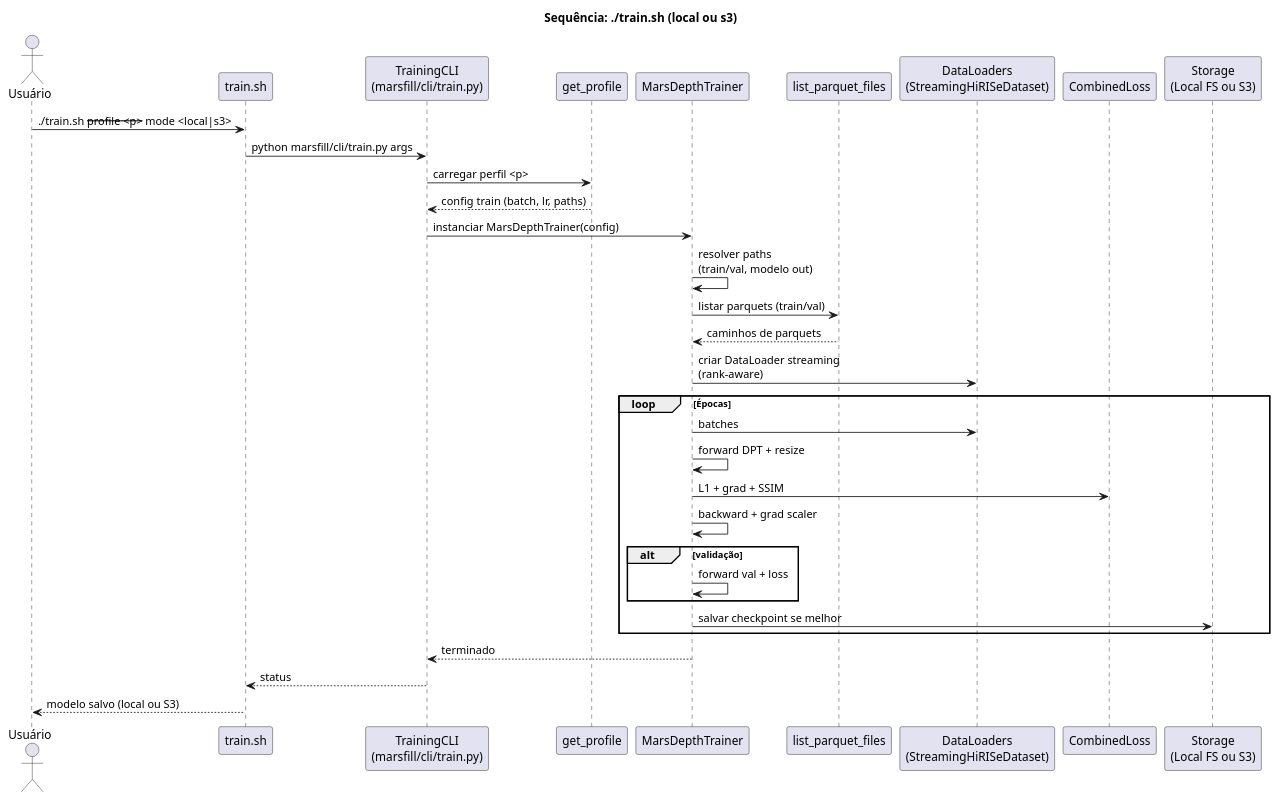
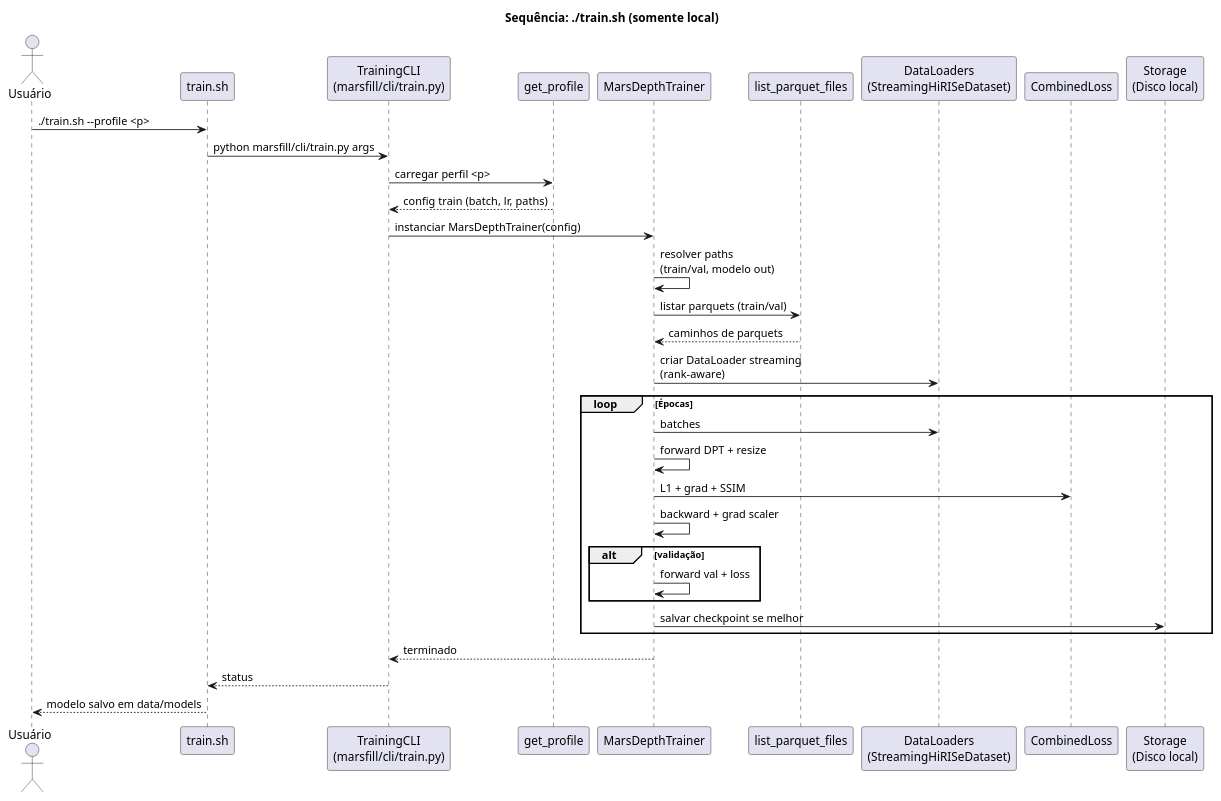
The diagram in docs/diagrams/train_sequence.puml (b-holanda/HiRISE-DTM-FILL), drawn with PlantUML before and after one commit. The commit also changed 7 other files, not shown here.

Commit message:
feat: Update README and diagrams for local-only operation; remove S3 references from training pipeline

```diff
--- a/docs/diagrams/train_sequence.puml
+++ b/docs/diagrams/train_sequence.puml
@@ -1,37 +1,37 @@
 @startuml TrainPipeline
-title Sequência: ./train.sh (local ou s3)
+title Sequência: ./train.sh (somente local)
 
 actor Usuário
 participant "train.sh" as Shell
 participant "TrainingCLI\n(marsfill/cli/train.py)" as CLI
 participant "get_profile" as Profile
 participant "MarsDepthTrainer" as Trainer
 participant "list_parquet_files" as Lister
 participant "DataLoaders\n(StreamingHiRISeDataset)" as Loaders
 participant "CombinedLoss" as Loss
-participant "Storage\n(Local FS ou S3)" as Storage
+participant "Storage\n(Disco local)" as Storage
 
-Usuário -> Shell: ./train.sh --profile <p> --mode <local|s3>
+Usuário -> Shell: ./train.sh --profile <p>
 Shell -> CLI: python marsfill/cli/train.py args
 CLI -> Profile: carregar perfil <p>
 Profile --> CLI: config train (batch, lr, paths)
 CLI -> Trainer: instanciar MarsDepthTrainer(config)
 Trainer -> Trainer: resolver paths\n(train/val, modelo out)
 Trainer -> Lister: listar parquets (train/val)
 Lister --> Trainer: caminhos de parquets
 Trainer -> Loaders: criar DataLoader streaming\n(rank-aware)
 loop Épocas
   Trainer -> Loaders: batches
   Trainer -> Trainer: forward DPT + resize
   Trainer -> Loss: L1 + grad + SSIM
   Trainer -> Trainer: backward + grad scaler
   alt validação
     Trainer -> Trainer: forward val + loss
   end
   Trainer -> Storage: salvar checkpoint se melhor
 end
 Trainer --> CLI: terminado
 CLI --> Shell: status
-Shell --> Usuário: modelo salvo (local ou S3)
+Shell --> Usuário: modelo salvo em data/models
 
 @enduml
```
